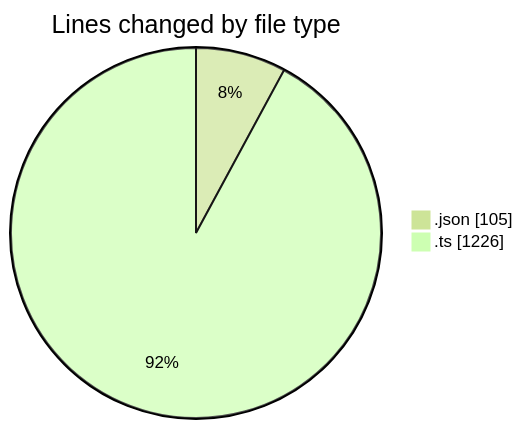
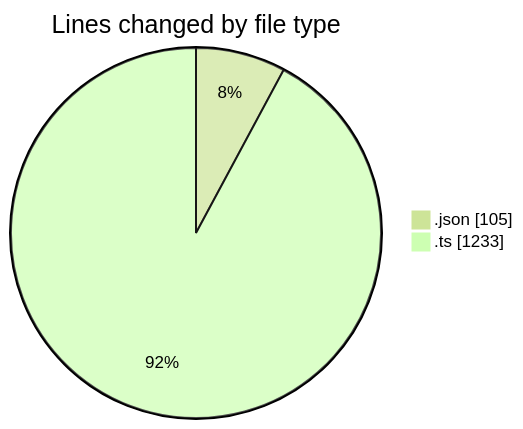
The first of 2 diagrams in 2025-06-25/cda/README.md (momahboobian/code-tracking), drawn with Mermaid (forest theme) before and after one commit. The commit also changed other lines of this file and 1 other file, not shown here.

````diff
--- a/2025-06-25/cda/README.md
+++ b/2025-06-25/cda/README.md
@@ -25,6 +25,6 @@
 ```mermaid
 pie showData
 title Lines changed by file type
 ".json" : 105
-".ts" : 1226
+".ts" : 1233
 ```
````
